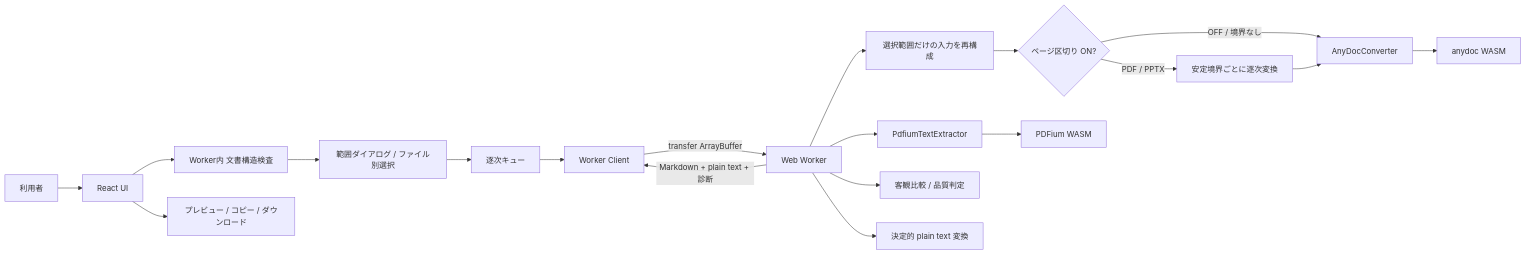
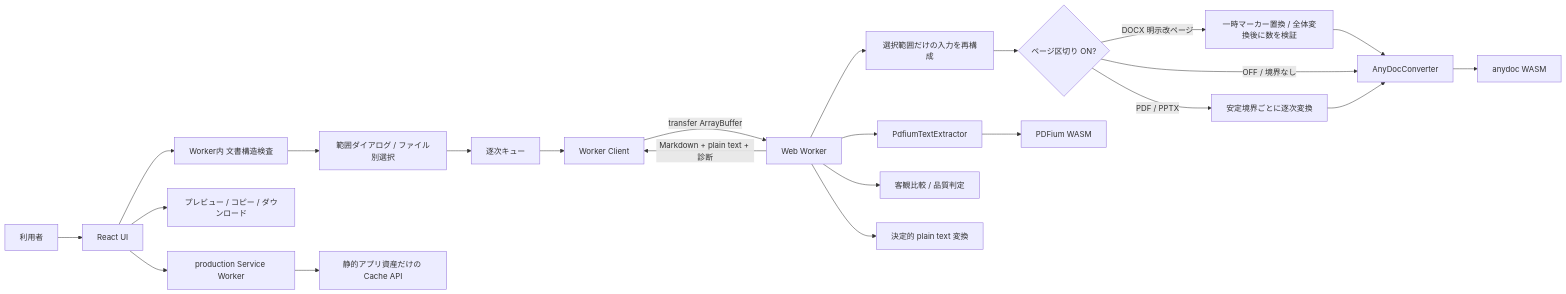
Before and after one commit to Bamboosato/local-document-preprocessor: the first of 2 diagrams in docs/architecture.md, drawn with Mermaid. The commit also changed other lines of this file and 23 other files, not shown here.

````diff
--- a/docs/architecture.md
+++ b/docs/architecture.md
@@ -5,22 +7,26 @@
 ```mermaid
 flowchart LR
     U["利用者"] --> UI["React UI"]
     UI --> I["Worker内 文書構造検査"]
     I --> S["範囲ダイアログ / ファイル別選択"]
     S --> Q
     Q["逐次キュー"]
     Q --> C["Worker Client"]
     C -->|"transfer ArrayBuffer"| W["Web Worker"]
     W --> F["選択範囲だけの入力を再構成"]
     F --> B{"ページ区切り ON?"}
     B -->|"PDF / PPTX"| U1["安定境界ごとに逐次変換"]
+    B -->|"DOCX 明示改ページ"| M["一時マーカー置換 / 全体変換後に数を検証"]
+    M --> A
     B -->|"OFF / 境界なし"| A["AnyDocConverter"]
     U1 --> A
     A --> WASM["anydoc WASM"]
     W --> PDX["PdfiumTextExtractor"]
     PDX --> PDFWASM["PDFium WASM"]
     W --> V["客観比較 / 品質判定"]
     W --> P["決定的 plain text 変換"]
     W -->|"Markdown + plain text + 診断"| C
     UI --> O["プレビュー / コピー / ダウンロード"]
+    UI --> SW["production Service Worker"]
+    SW --> CACHE["静的アプリ資産だけの Cache API"]
 ```
````
